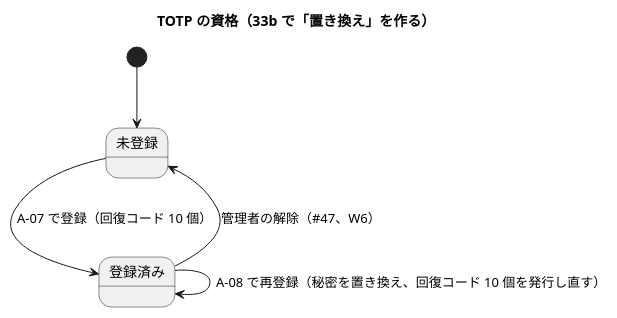
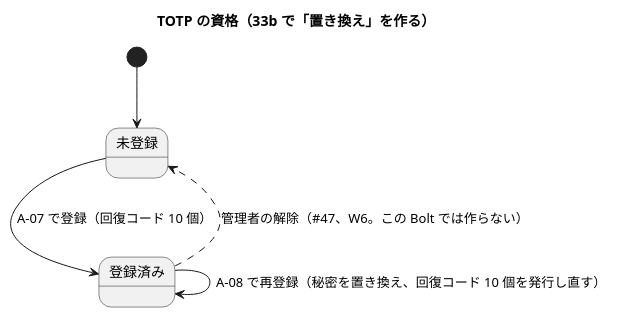
Before and after one commit to k2works/practical-domain-driven-design-in-enterpris-application: the second of 3 diagrams in docs/development/cargo-tracker/bolt_33b_plan.md, drawn with PlantUML. The commit also changed other lines of this file and 4 other files, not shown here.

````diff
--- a/docs/development/cargo-tracker/bolt_33b_plan.md
+++ b/docs/development/cargo-tracker/bolt_33b_plan.md
@@ -100,9 +104,9 @@
 ```plantuml
 @startuml
 title TOTP の資格（33b で「置き換え」を作る）
 [*] --> 未登録
 未登録 --> 登録済み : A-07 で登録（回復コード 10 個）
 登録済み --> 登録済み : A-08 で再登録（秘密を置き換え、回復コード 10 個を発行し直す）
-登録済み --> 未登録 : 管理者の解除（#47、W6）
+登録済み -[dashed]-> 未登録 : 管理者の解除（#47、W6。この Bolt では作らない）
 @enduml
 ```
````
